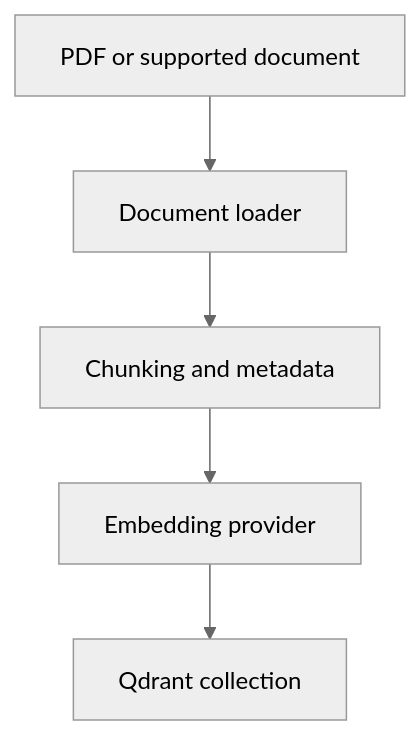
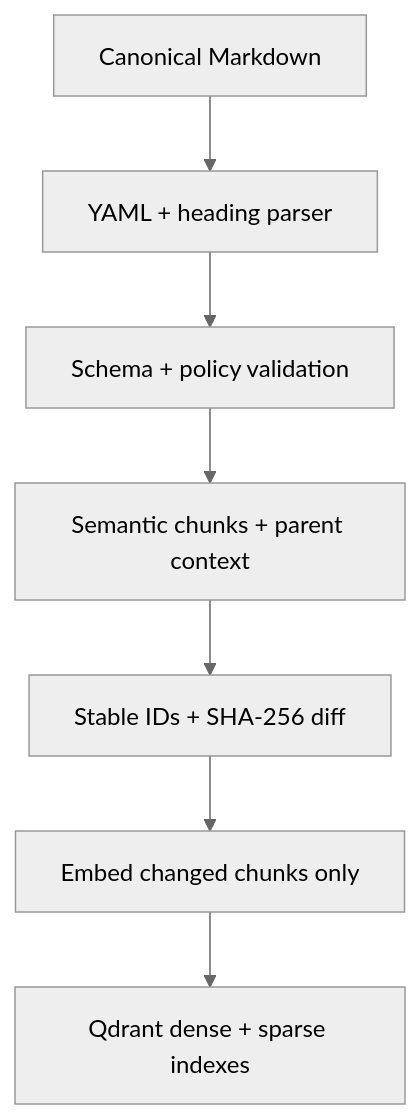
One commit to Dhanushreddyj/Dhanush-Rag changed the third of 6 diagrams in README.md. Above: the diagram before and after it, drawn with Mermaid (neutral theme). The commit also changed other lines of this file and 16 other files, not shown here.

Commit message:
docs: align architecture with Nofeez RAG requirements

````diff
--- a/README.md
+++ b/README.md
@@ -128,7 +142,9 @@
 ```mermaid
 flowchart TD
-    Source["PDF or supported document"] --> Loader["Document loader"]
-    Loader --> Chunker["Chunking and metadata"]
-    Chunker --> Embed["Embedding provider"]
-    Embed --> Qdrant["Qdrant collection"]
+    Source["Canonical Markdown"] --> Parse["YAML + heading parser"]
+    Parse --> Validate["Schema + policy validation"]
+    Validate --> Chunk["Semantic chunks + parent context"]
+    Chunk --> Hash["Stable IDs + SHA-256 diff"]
+    Hash --> Embed["Embed changed chunks only"]
+    Embed --> Qdrant["Qdrant dense + sparse indexes"]
 ```
````
